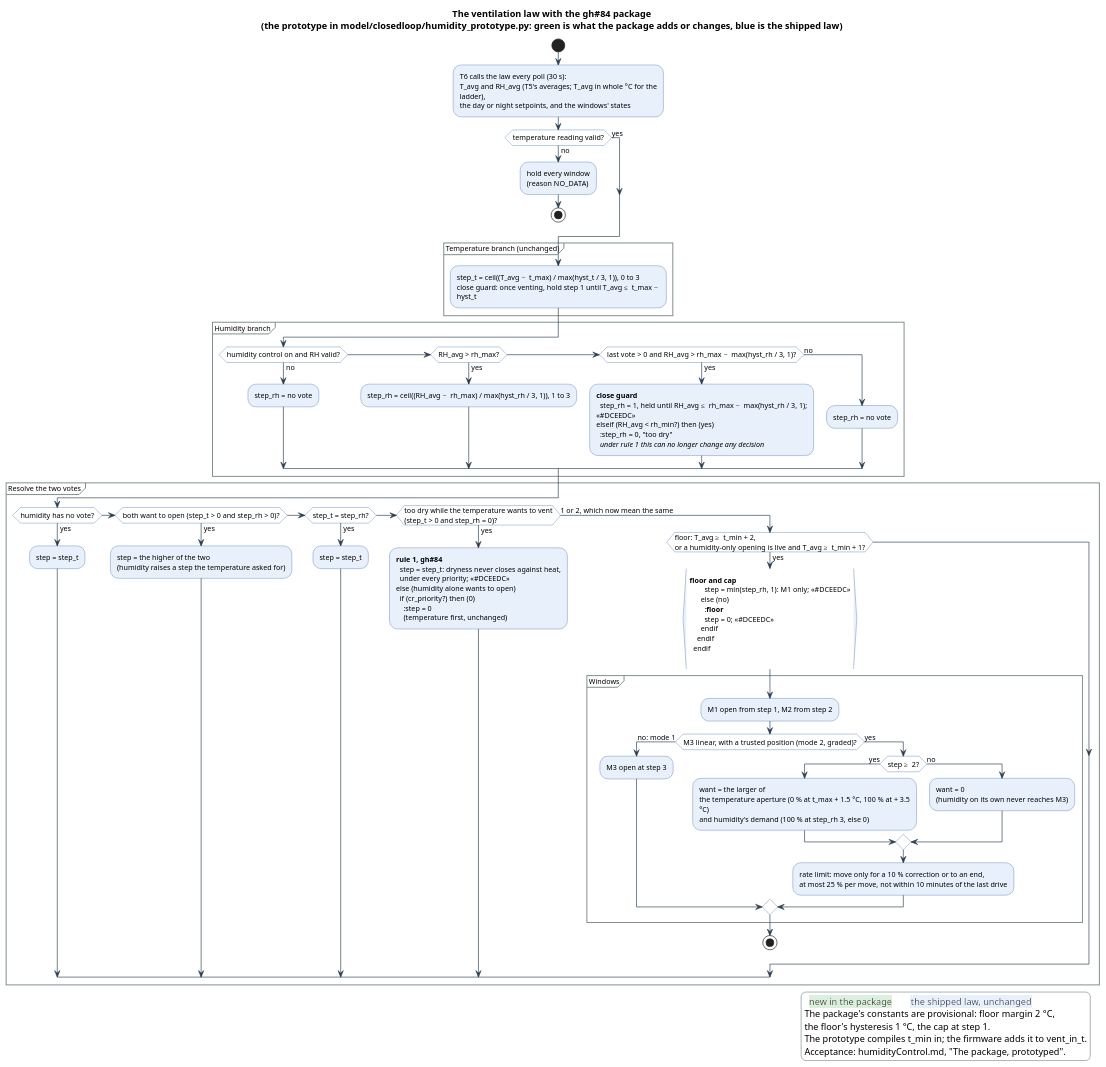
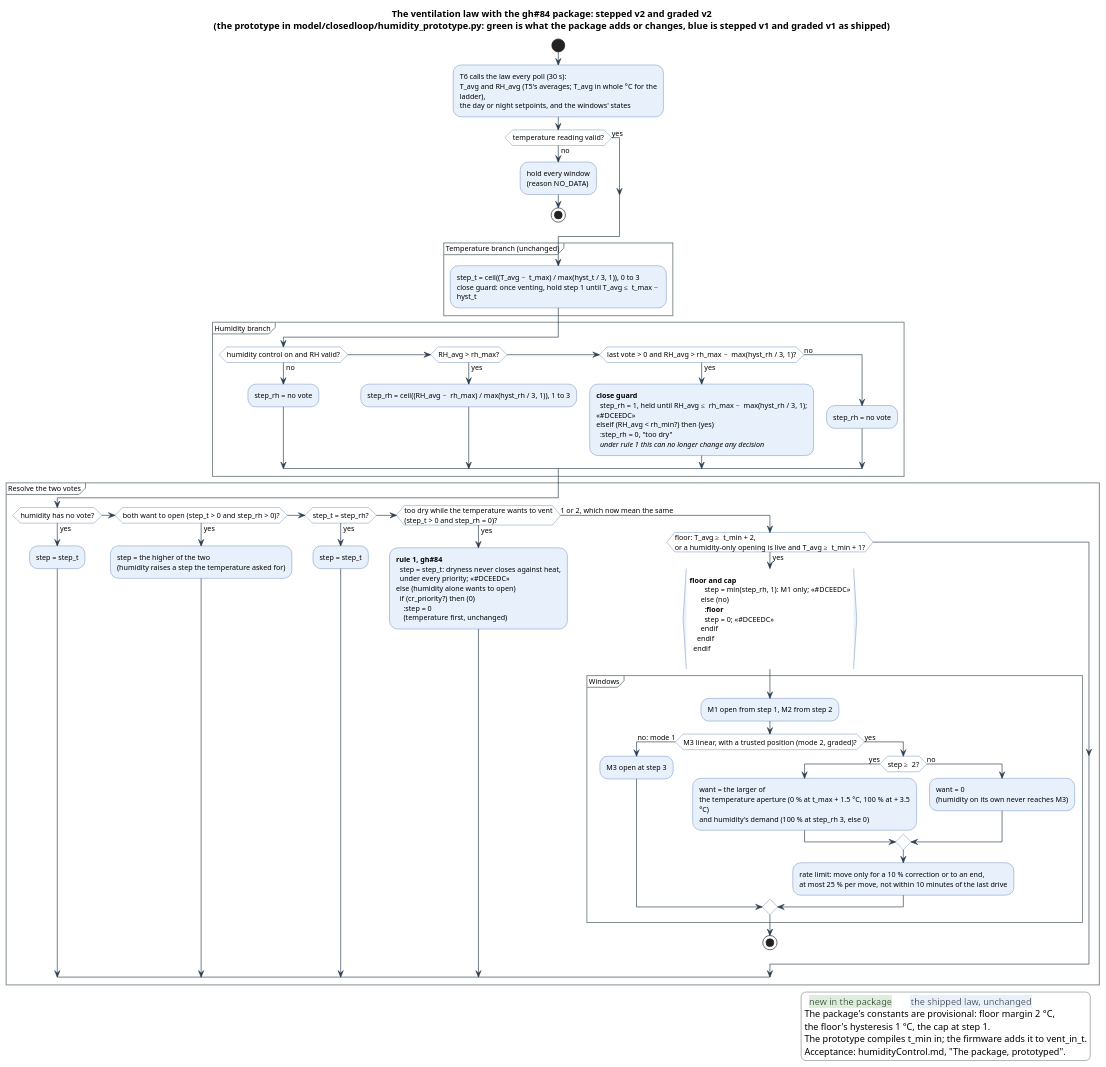
Before and after one commit to pe1mew/greenhouse-Controller: the diagram in model/closedloop/humidityPackage.puml, drawn with PlantUML. The commit also changed 4 other files, not shown here.

First line of the commit message:
docs(contract): how a law's version is kept; the gh#84 fix is stepped v2 and graded v2

```diff
--- a/model/closedloop/humidityPackage.puml
+++ b/model/closedloop/humidityPackage.puml
@@ -1,111 +1,111 @@
 @startuml humidityPackage
-title The ventilation law with the gh#84 package\n(the prototype in model/closedloop/humidity_prototype.py: green is what the package adds or changes, blue is the shipped law)
+title The ventilation law with the gh#84 package: stepped v2 and graded v2\n(the prototype in model/closedloop/humidity_prototype.py: green is what the package adds or changes, blue is stepped v1 and graded v1 as shipped)
 
 ' One call of the law, as T6 makes it every poll. Green is what the package
 ' adds or changes; blue is drivers/ventModel as shipped (2.14.1). Mode 2's law
 ' (graded) embeds the stepped law, so everything down to "Windows" is shared
 ' by both modes, and so is the package.
 
 skinparam shadowing false
 skinparam defaultFontName "Segoe UI"
 skinparam defaultFontSize 11
 skinparam wrapWidth 330
 skinparam ActivityBackgroundColor #E8F1FB
 skinparam ActivityBorderColor #2C5AA0
 skinparam ActivityDiamondBackgroundColor #FFFFFF
 skinparam ActivityDiamondBorderColor #2C5AA0
 skinparam ArrowColor #2C3E50
 skinparam PartitionBorderColor #7F8C8D
 skinparam NoteBackgroundColor #FEFDE8
 skinparam NoteBorderColor #C8B400
 skinparam LegendBackgroundColor #FFFFFF
 skinparam LegendBorderColor #7F8C8D
 
 start
 :T6 calls the law every poll (30 s):
 T_avg and RH_avg (T5's averages; T_avg in whole °C for the ladder),
 the day or night setpoints, and the windows' states;
 
 if (temperature reading valid?) then (no)
   :hold every window
   (reason NO_DATA);
   stop
 else (yes)
 endif
 
 partition "Temperature branch (unchanged)" {
   :step_t = ceil((T_avg − t_max) / max(hyst_t / 3, 1)), 0 to 3
   close guard: once venting, hold step 1 until T_avg ≤ t_max − hyst_t;
 }
 
 partition "Humidity branch" {
   if (humidity control on and RH valid?) then (no)
     :step_rh = no vote;
   elseif (RH_avg > rh_max?) then (yes)
     :step_rh = ceil((RH_avg − rh_max) / max(hyst_rh / 3, 1)), 1 to 3;
   elseif (last vote > 0 and RH_avg > rh_max − max(hyst_rh / 3, 1)?) then (yes)
     :**close guard**
     step_rh = 1, held until RH_avg ≤ rh_max − max(hyst_rh / 3, 1); <<#DCEEDC>>
   elseif (RH_avg < rh_min?) then (yes)
     :step_rh = 0, "too dry"
     //under rule 1 this can no longer change any decision//;
   else (no)
     :step_rh = no vote;
   endif
 }
 
 partition "Resolve the two votes" {
   if (humidity has no vote?) then (yes)
     :step = step_t;
   elseif (both want to open (step_t > 0 and step_rh > 0)?) then (yes)
     :step = the higher of the two
     (humidity raises a step the temperature asked for);
   elseif (step_t = step_rh?) then (yes)
     :step = step_t;
   elseif (too dry while the temperature wants to vent\n(step_t > 0 and step_rh = 0)?) then (yes)
     :**rule 1, gh#84**
     step = step_t: dryness never closes against heat,
     under every priority; <<#DCEEDC>>
   else (humidity alone wants to open)
     if (cr_priority?) then (0)
       :step = 0
       (temperature first, unchanged);
     else (1 or 2, which now mean the same)
       if (floor: T_avg ≥ t_min + 2,\nor a humidity-only opening is live and T_avg ≥ t_min + 1?) then (yes)
         :**floor and cap**
         step = min(step_rh, 1): M1 only; <<#DCEEDC>>
       else (no)
         :**floor**
         step = 0; <<#DCEEDC>>
       endif
     endif
   endif
 }
 
 partition "Windows" {
   :M1 open from step 1, M2 from step 2;
   if (M3 linear, with a trusted position (mode 2, graded)?) then (no: mode 1)
     :M3 open at step 3;
   else (yes)
     if (step ≥ 2?) then (yes)
       :want = the larger of
       the temperature aperture (0 % at t_max + 1.5 °C, 100 % at + 3.5 °C)
       and humidity's demand (100 % at step_rh 3, else 0);
     else (no)
       :want = 0
       (humidity on its own never reaches M3);
     endif
     :rate limit: move only for a 10 % correction or to an end,
     at most 25 % per move, not within 10 minutes of the last drive;
   endif
 }
 stop
 
 legend right
   <back:#DCEEDC>  new in the package  </back>    <back:#E8F1FB>  the shipped law, unchanged  </back>
   The package's constants are provisional: floor margin 2 °C,
   the floor's hysteresis 1 °C, the cap at step 1.
   The prototype compiles t_min in; the firmware adds it to vent_in_t.
   Acceptance: humidityControl.md, "The package, prototyped".
 endlegend
 @enduml
```
